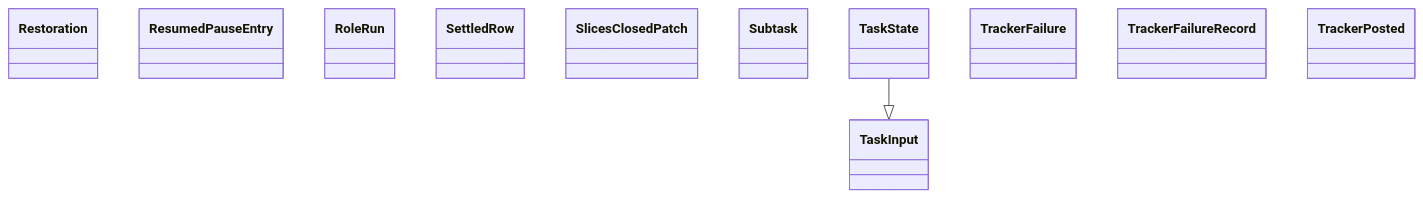
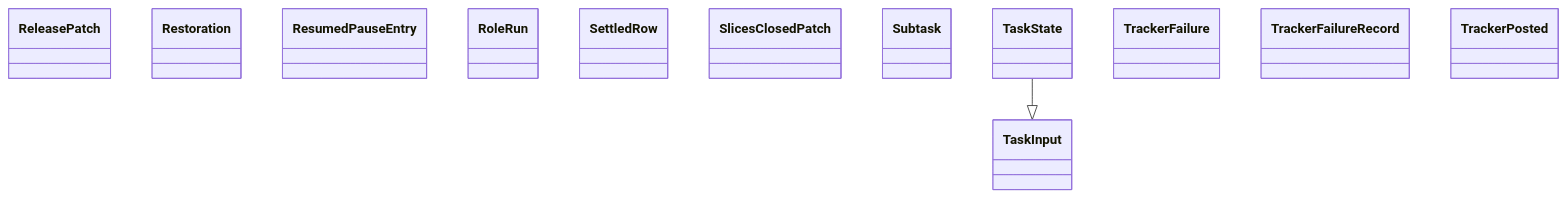
One commit to GonzaloZevallos/agentic-system changed the diagram in docs/architecture/generated/classes-process-domain-state-5.md. Above: the diagram before and after it, drawn with Mermaid. The commit also changed 6 other files, not shown here.

````diff
--- a/docs/architecture/generated/classes-process-domain-state-5.md
+++ b/docs/architecture/generated/classes-process-domain-state-5.md
@@ -21,15 +21,16 @@
 ```mermaid
 classDiagram
+    class task__ReleasePatch["ReleasePatch"]
     class task__Restoration["Restoration"]
     class task__ResumedPauseEntry["ResumedPauseEntry"]
     class task__RoleRun["RoleRun"]
     class task__SettledRow["SettledRow"]
     class task__SlicesClosedPatch["SlicesClosedPatch"]
     class task__Subtask["Subtask"]
     class task__TaskInput["TaskInput"]
     class task__TaskState["TaskState"]
     class task__TrackerFailure["TrackerFailure"]
     class task__TrackerFailureRecord["TrackerFailureRecord"]
     class task__TrackerPosted["TrackerPosted"]
     task__TaskState --|> task__TaskInput
 ```
````
